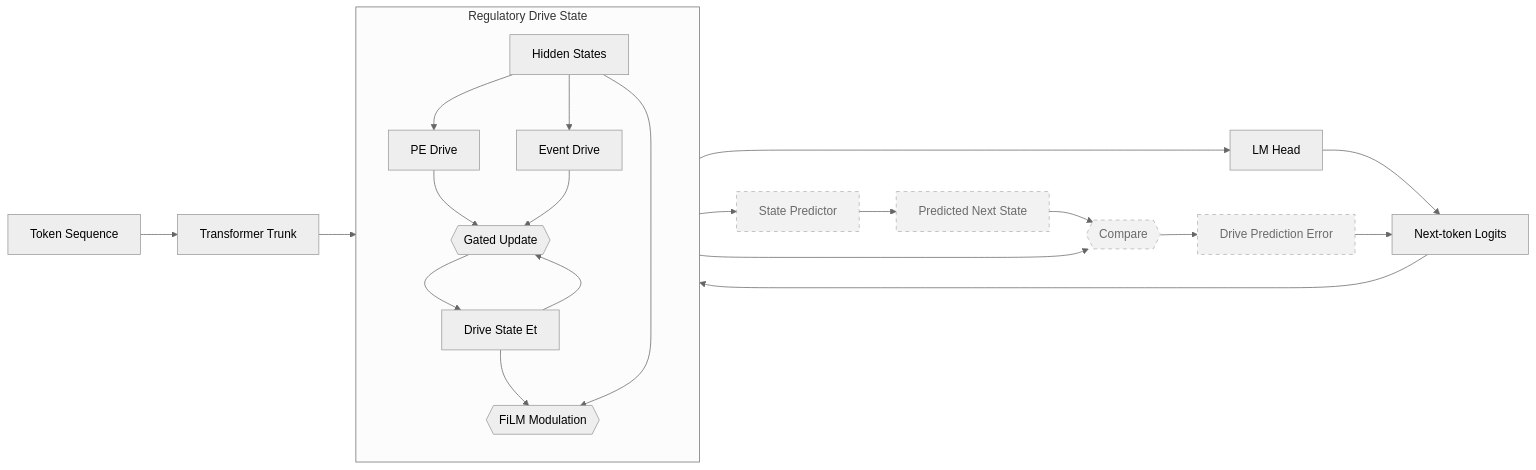
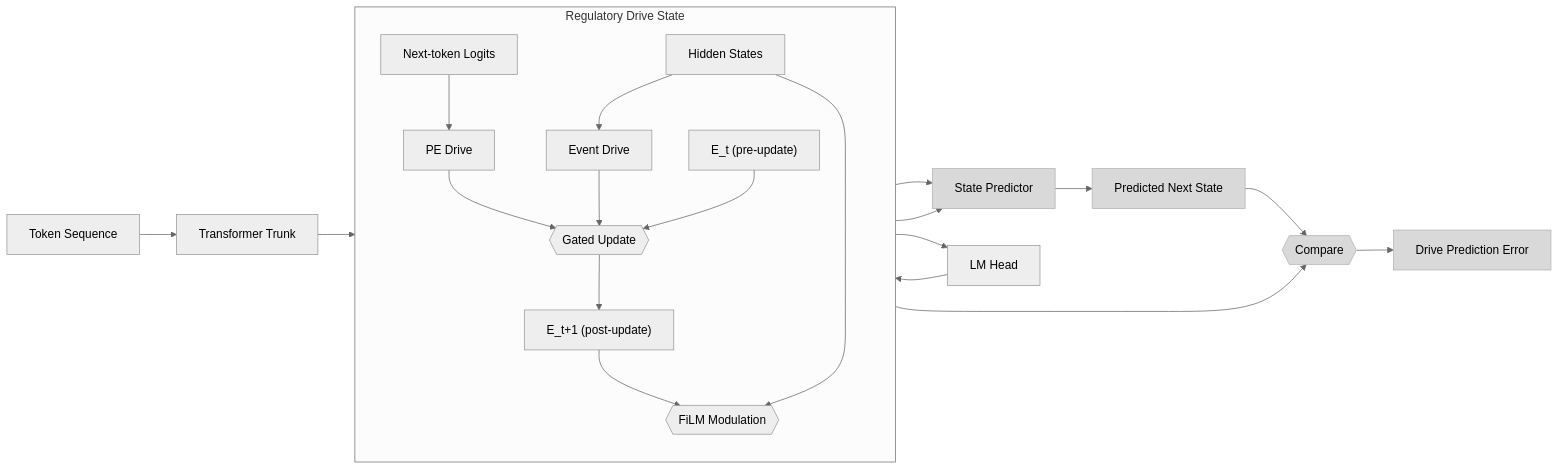
Before and after one commit to zbarsbold54-creator/nanochat-emotion: the diagram in dev/rda_architecture.mmd, drawn with Mermaid (neutral theme). The commit also changed 16 other files, not shown here.

```diff
--- a/dev/rda_architecture.mmd
+++ b/dev/rda_architecture.mmd
@@ -1,30 +1,28 @@
 flowchart LR
     TOK["Token Sequence"] --> TRUNK["Transformer Trunk"]
     TRUNK --> HID["Hidden States"]
 
     subgraph RDA["Regulatory Drive State"]
         direction TB
-        HID --> PED["PE Drive"]
         HID --> EVD["Event Drive"]
+        LOG --> PED["PE Drive"]
         PED --> GATE{{"Gated Update"}}
         EVD --> GATE
-        ET["Drive State Et"] --> GATE
-        GATE --> ET
-        ET --> FILM{{"FiLM Modulation"}}
+        ET_PRE["E_t (pre-update)"] --> GATE
+        GATE --> ET_POST["E_t+1 (post-update)"]
+        ET_POST --> FILM{{"FiLM Modulation"}}
         HID --> FILM
     end
 
-    GATE --> PRED["State Predictor"]
+    ET_PRE --> PRED["State Predictor"]
+    HID --> PRED
     PRED --> PNX["Predicted Next State"]
     PNX --> CMP{{"Compare"}}
-    GATE --> CMP
+    ET_POST --> CMP
     CMP --> DPE["Drive Prediction Error"]
 
     FILM --> LMH["LM Head"]
     LMH --> LOG["Next-token Logits"]
-    DPE --> LOG
 
-    LOG --> PED
-
-    classDef unconsumed stroke-dasharray: 5 5,opacity:.75;
+    classDef unconsumed fill:#D9D9D9,stroke:#B3B3B3;
     class PRED,PNX,CMP,DPE unconsumed;
```
